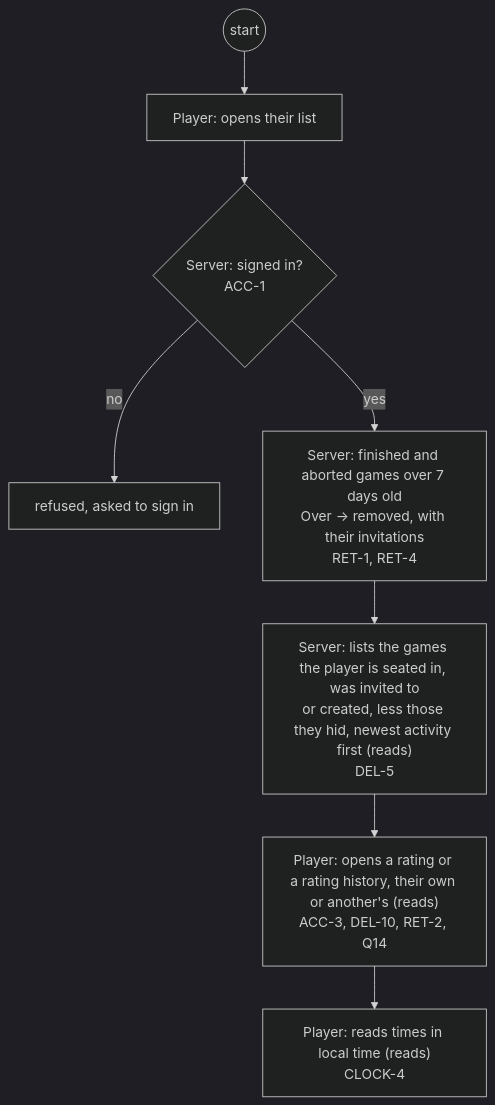
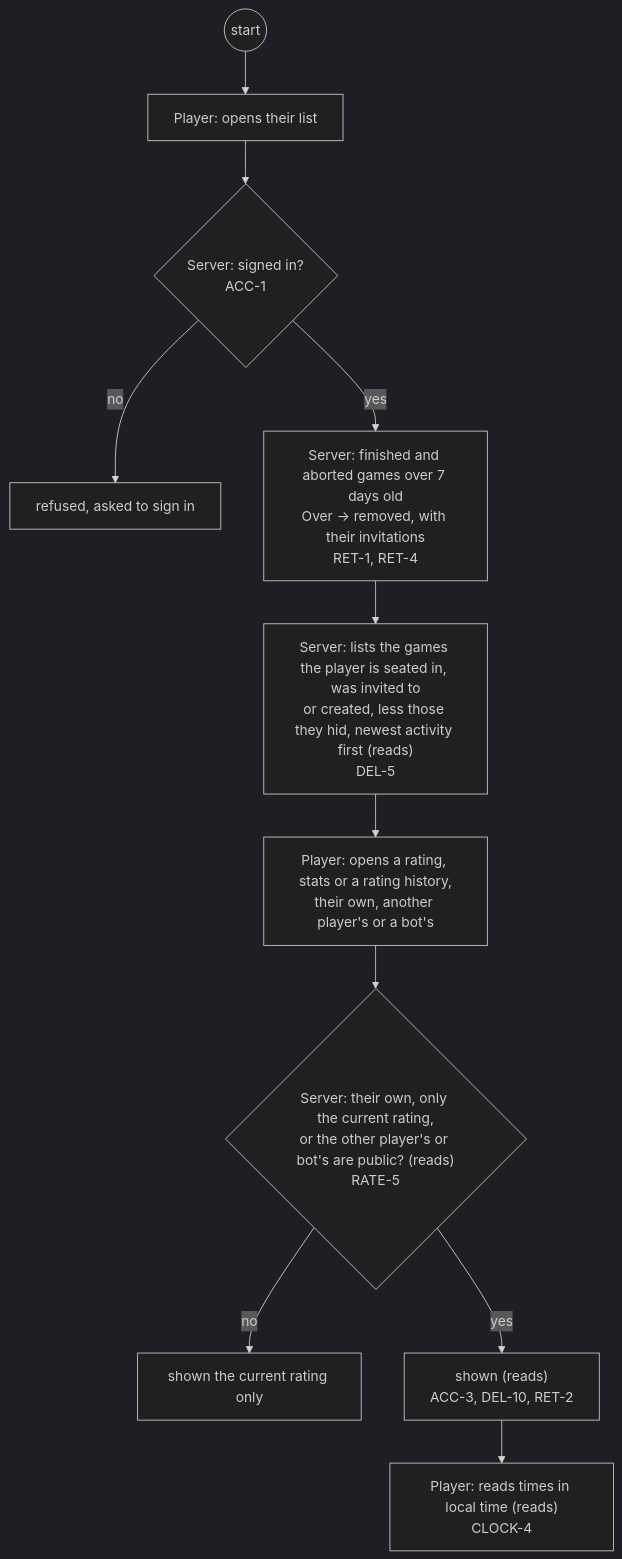
Before and after one commit to delphside/programme: diagram 22 of 31 in applications/tile-lite-elite/3.1.7-changes/workstreams/application-game-architecture/71-one-game-model/71-functional.md, drawn with Mermaid (dark theme). The commit also changed other lines of this file and 1 other file, not shown here.

````diff
--- a/applications/tile-lite-elite/3.1.7-changes/workstreams/application-game-architecture/71-one-game-model/71-functional.md
+++ b/applications/tile-lite-elite/3.1.7-changes/workstreams/application-game-architecture/71-one-game-model/71-functional.md
@@ -400,10 +401,13 @@
 ```mermaid
 flowchart TD
   s0((start)) --> p1["Player: opens their list"]
   p1 --> v1{"Server: signed in?<br/>ACC-1"}
   v1 -- no --> r1["refused, asked to sign in"]
   v1 -- yes --> t1["Server: finished and aborted games over 7 days old<br/>Over → removed, with their invitations<br/>RET-1, RET-4"]
   t1 --> v2["Server: lists the games the player is seated in, was invited to<br/>or created, less those they hid, newest activity first (reads)<br/>DEL-5"]
-  v2 --> p2["Player: opens a rating or a rating history, their own or another's (reads)<br/>ACC-3, DEL-10, RET-2, Q14"]
-  p2 --> p3["Player: reads times in local time (reads)<br/>CLOCK-4"]
+  v2 --> p2["Player: opens a rating, stats or a rating history,<br/>their own, another player's or a bot's"]
+  p2 --> v3{"Server: their own, only the current rating,<br/>or the other player's or bot's are public? (reads)<br/>RATE-5"}
+  v3 -- no --> r3["shown the current rating only"]
+  v3 -- yes --> t3["shown (reads)<br/>ACC-3, DEL-10, RET-2"]
+  t3 --> p3["Player: reads times in local time (reads)<br/>CLOCK-4"]
 ```
````
